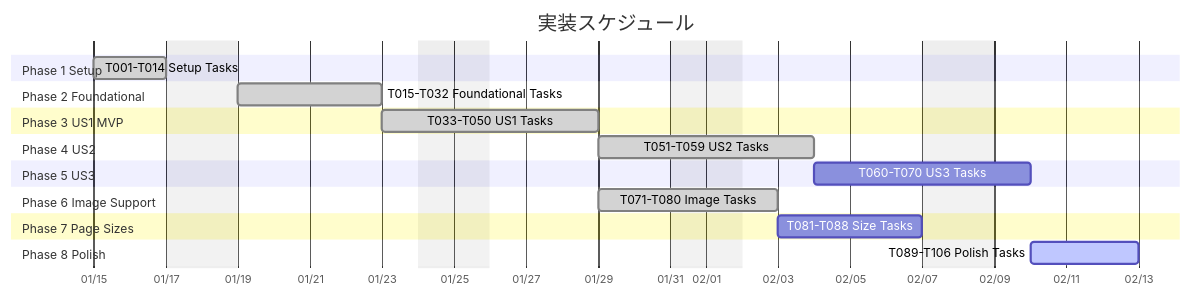
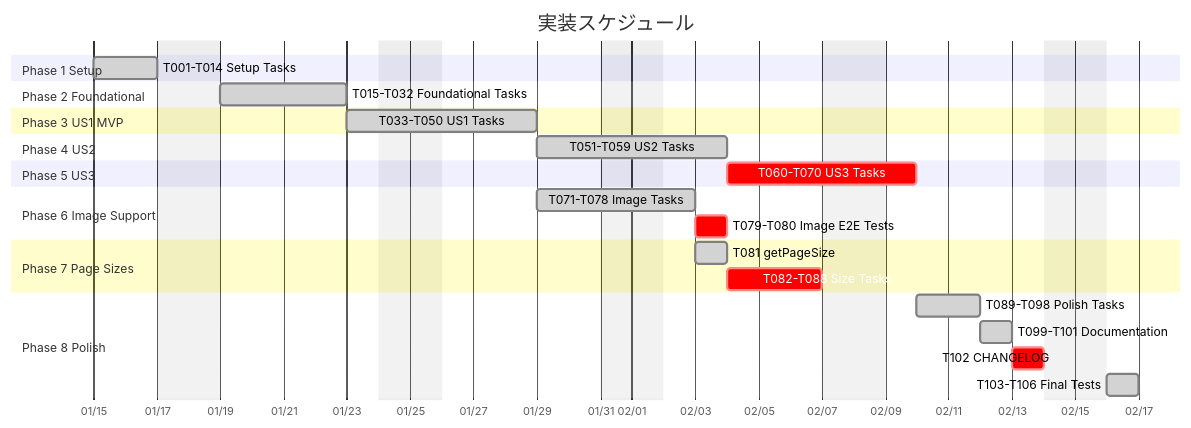
Before and after one commit to J1921604/OCR-PDF-Converter: the second of 2 diagrams in specs/001-OCR-PDF-Converter/tasks.md, drawn with Mermaid. The commit also changed other lines of this file, not shown here.

First line of the commit message:
docs: tasks.md実装状況を完全更新（83/104タスク完了、80%進捗）

````diff
--- a/specs/001-OCR-PDF-Converter/tasks.md
+++ b/specs/001-OCR-PDF-Converter/tasks.md
@@ -352,31 +381,36 @@
 ```mermaid
 gantt
     title 実装スケジュール
     dateFormat YYYY-MM-DD
     axisFormat %m/%d
     excludes weekends 2025-12-27 2025-12-28 2025-12-29 2025-12-30 2025-12-31 2026-01-01 2026-01-02 2026-01-03 2026-01-04
     
     section Phase 1 Setup
     T001-T014 Setup Tasks           :done, p1, 2026-01-15, 2d
     
     section Phase 2 Foundational
     T015-T032 Foundational Tasks    :done, p2, after p1, 4d
     
     section Phase 3 US1 MVP
     T033-T050 US1 Tasks             :done, p3, after p2, 4d
     
     section Phase 4 US2
     T051-T059 US2 Tasks             :done, p4, after p3, 4d
     
     section Phase 5 US3
-    T060-T070 US3 Tasks             :p5, after p4, 4d
+    T060-T070 US3 Tasks             :crit, p5, after p4, 4d
     
     section Phase 6 Image Support
-    T071-T080 Image Tasks           :done, p6, after p3, 3d
+    T071-T078 Image Tasks           :done, p6, after p3, 3d
+    T079-T080 Image E2E Tests       :crit, p6e, after p6, 1d
     
     section Phase 7 Page Sizes
-    T081-T088 Size Tasks            :p7, after p6, 4d
+    T081 getPageSize                :done, p7a, after p6, 1d
+    T082-T088 Size Tasks            :crit, p7, after p7a, 3d
     
     section Phase 8 Polish
-    T089-T106 Polish Tasks          :active, p8, after p5, 3d
+    T089-T098 Polish Tasks          :done, p8a, after p5, 2d
+    T099-T101 Documentation         :done, p8b, after p8a, 1d
+    T102 CHANGELOG                  :crit, p8c, after p8b, 1d
+    T103-T106 Final Tests           :done, p8d, after p8c, 1d
 ```
````
